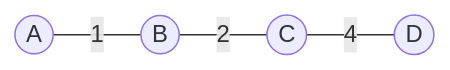
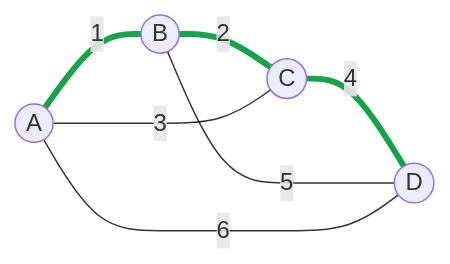
One commit to freeedoooooo/algs changed the sixth of 7 diagrams in my-notes/01-基础巩固/11-图相关的算法/05-最小生成树-Kruskal算法.md. Above: the diagram before and after it, drawn with Mermaid. The commit also changed other lines of this file and 14 other files, not shown here.

````diff
--- a/my-notes/01-基础巩固/11-图相关的算法/05-最小生成树-Kruskal算法.md
+++ b/my-notes/01-基础巩固/11-图相关的算法/05-最小生成树-Kruskal算法.md
@@ -278,6 +302,13 @@
 ```mermaid
 graph LR
     A((A)) ---|1| B((B))
     B ---|2| C((C))
+    A ---|3| C
     C ---|4| D((D))
+    B ---|5| D
+    A ---|6| D
+
+    linkStyle 0 stroke:#16a34a,stroke-width:4px
+    linkStyle 1 stroke:#16a34a,stroke-width:4px
+    linkStyle 3 stroke:#16a34a,stroke-width:4px
 ```
````
